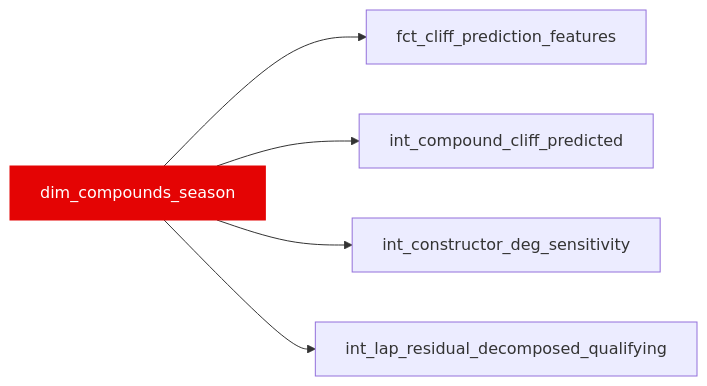
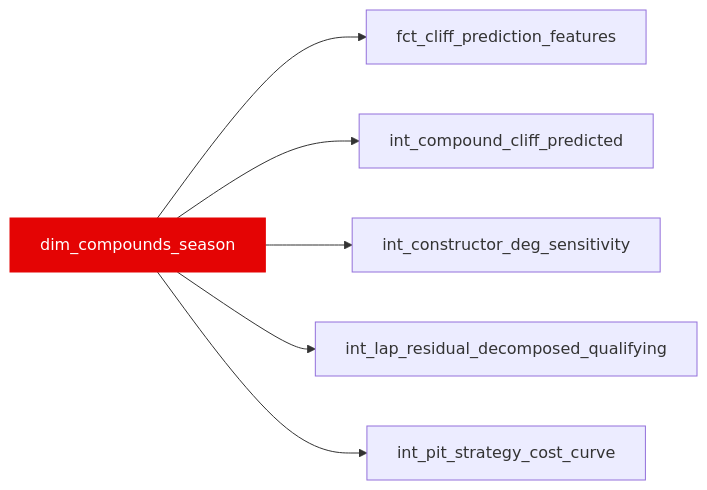
Before and after one commit to JustinClarke/off-the-pace: the diagram in docs/reference/models/dim/dim_compounds_season.mdx, drawn with Mermaid. The commit also changed 89 other files, not shown here.

````diff
--- a/docs/reference/models/dim/dim_compounds_season.mdx
+++ b/docs/reference/models/dim/dim_compounds_season.mdx
@@ -15,8 +15,9 @@
 ```mermaid
 flowchart LR
   dim_compounds_season --> fct_cliff_prediction_features
   dim_compounds_season --> int_compound_cliff_predicted
   dim_compounds_season --> int_constructor_deg_sensitivity
   dim_compounds_season --> int_lap_residual_decomposed_qualifying
+  dim_compounds_season --> int_pit_strategy_cost_curve
   style dim_compounds_season fill:#e40404,stroke:#e40404,color:#fff
 ```
````
